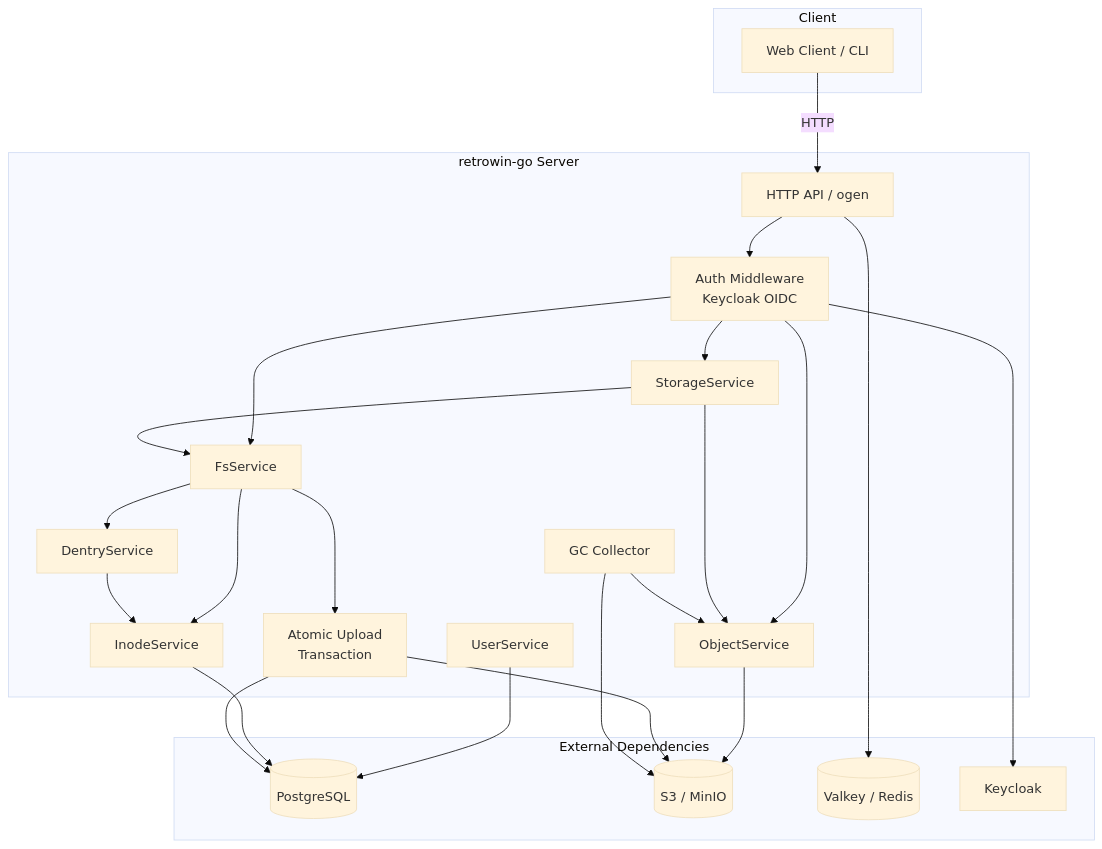
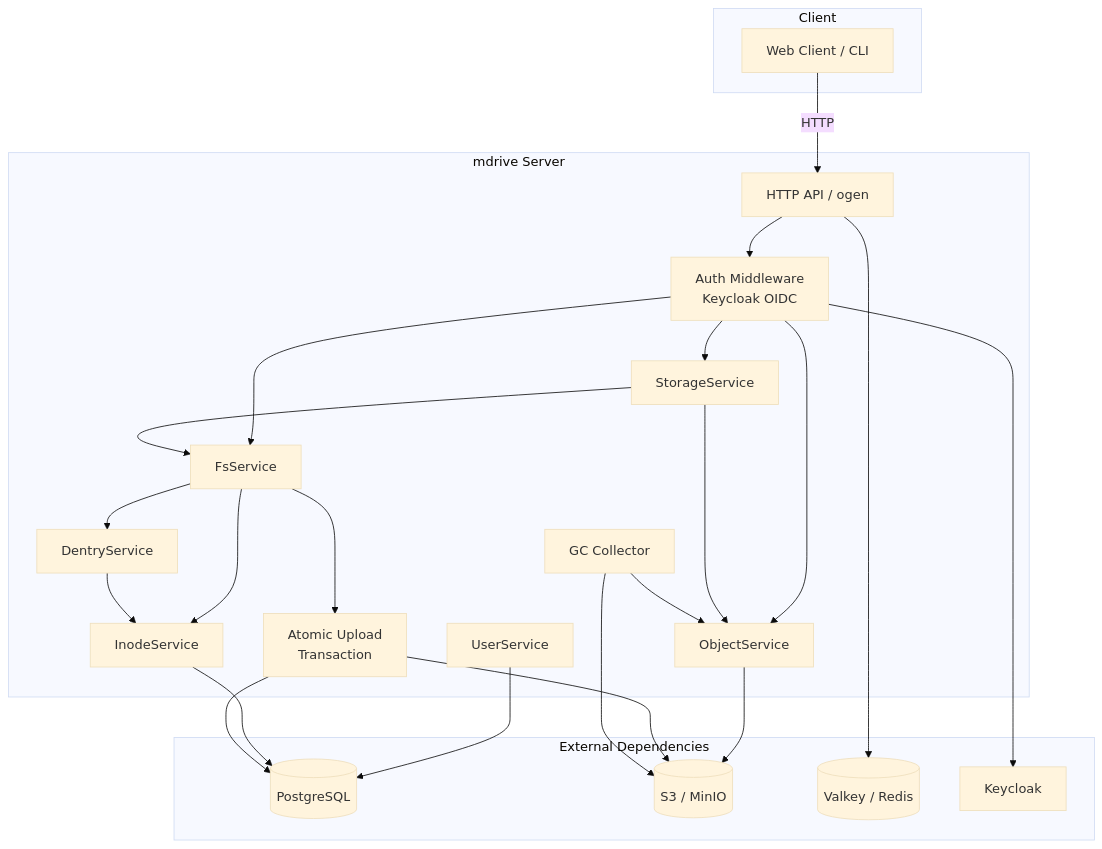
One commit to mandacode-labs/mdrive changed the first of 3 diagrams in README.md. Above: the diagram before and after it, drawn with Mermaid (base theme). The commit also changed other lines of this file and 210 other files, not shown here.

Commit message:
chore: rename project from retrowin to mdrive

````diff
--- a/README.md
+++ b/README.md
@@ -7,47 +7,47 @@
 ```mermaid
 graph TB
     subgraph Client
         A[Web Client / CLI]
     end
 
-    subgraph "retrowin-go Server"
+    subgraph "mdrive Server"
         B[HTTP API / ogen]
         C[Auth Middleware<br/>Keycloak OIDC]
         D[FsService]
         E[ObjectService]
         F[StorageService]
         G[UserService]
         H[DentryService]
         I[InodeService]
         J[Atomic Upload<br/>Transaction]
         K[GC Collector]
     end
 
     subgraph "External Dependencies"
         L[(PostgreSQL)]
         M[(S3 / MinIO)]
         N[(Valkey / Redis)]
         O[Keycloak]
     end
 
     A -->|HTTP| B
     B --> C
     C --> D
     C --> E
     C --> F
     D --> I
     D --> H
     D --> J
     E --> M
     F --> D
     F --> E
     G --> L
     I --> L
     H --> I
     J --> L
     J --> M
     K --> E
     K --> M
     C --> O
     B --> N
 ```
````
